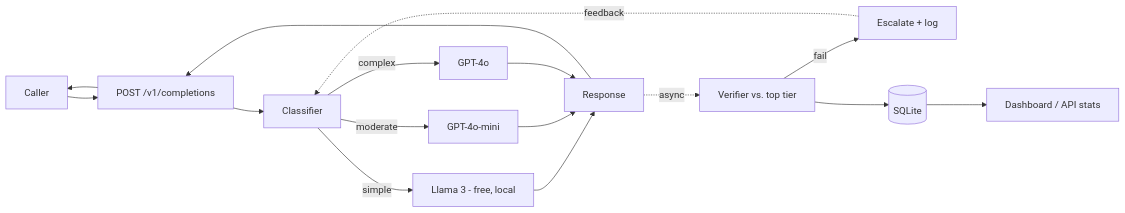
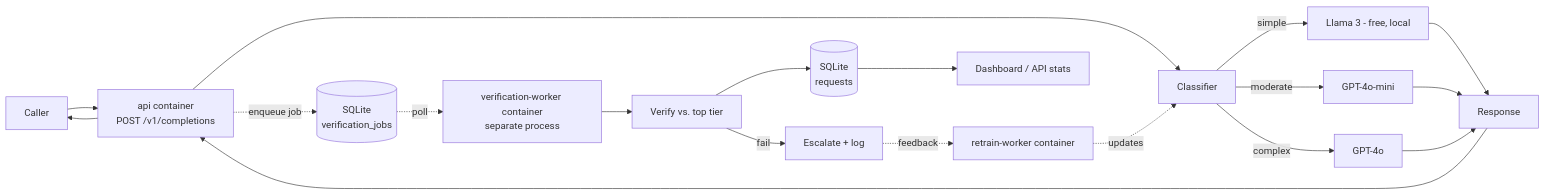
The diagram in CASE_STUDY.md (SihanZhan/llm-cost-autopilot), drawn with Mermaid before and after one commit. The commit also changed other lines of this file and 5 other files, not shown here.

````diff
--- a/CASE_STUDY.md
+++ b/CASE_STUDY.md
@@ -24,15 +24,18 @@
 ```mermaid
 flowchart LR
-    user[Caller] --> api[POST /v1/completions]
+    user[Caller] --> api[api container<br/>POST /v1/completions]
     api --> clf[Classifier]
     clf -->|simple| cheap[Llama 3 - free, local]
     clf -->|moderate| mid[GPT-4o-mini]
     clf -->|complex| top[GPT-4o]
     cheap & mid & top --> resp[Response]
     resp --> api --> user
-    resp -.async.-> verify[Verifier vs. top tier]
+    api -.enqueue job.-> queue[(SQLite<br/>verification_jobs)]
+    queue -.poll.-> worker[verification-worker container<br/>separate process]
+    worker --> verify[Verify vs. top tier]
     verify -->|fail| esc[Escalate + log]
-    esc -.feedback.-> clf
-    verify --> db[(SQLite)]
+    esc -.feedback.-> retrain[retrain-worker container]
+    retrain -.updates.-> clf
+    verify --> db[(SQLite<br/>requests)]
     db --> dash[Dashboard / API stats]
 ```
````
